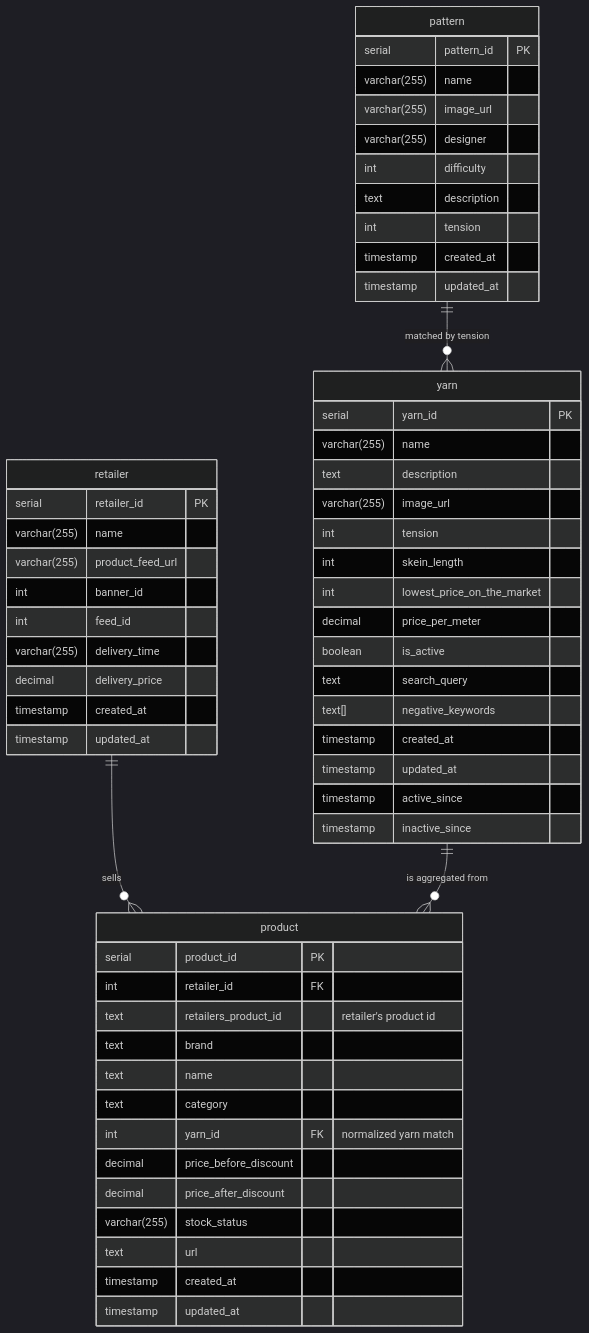
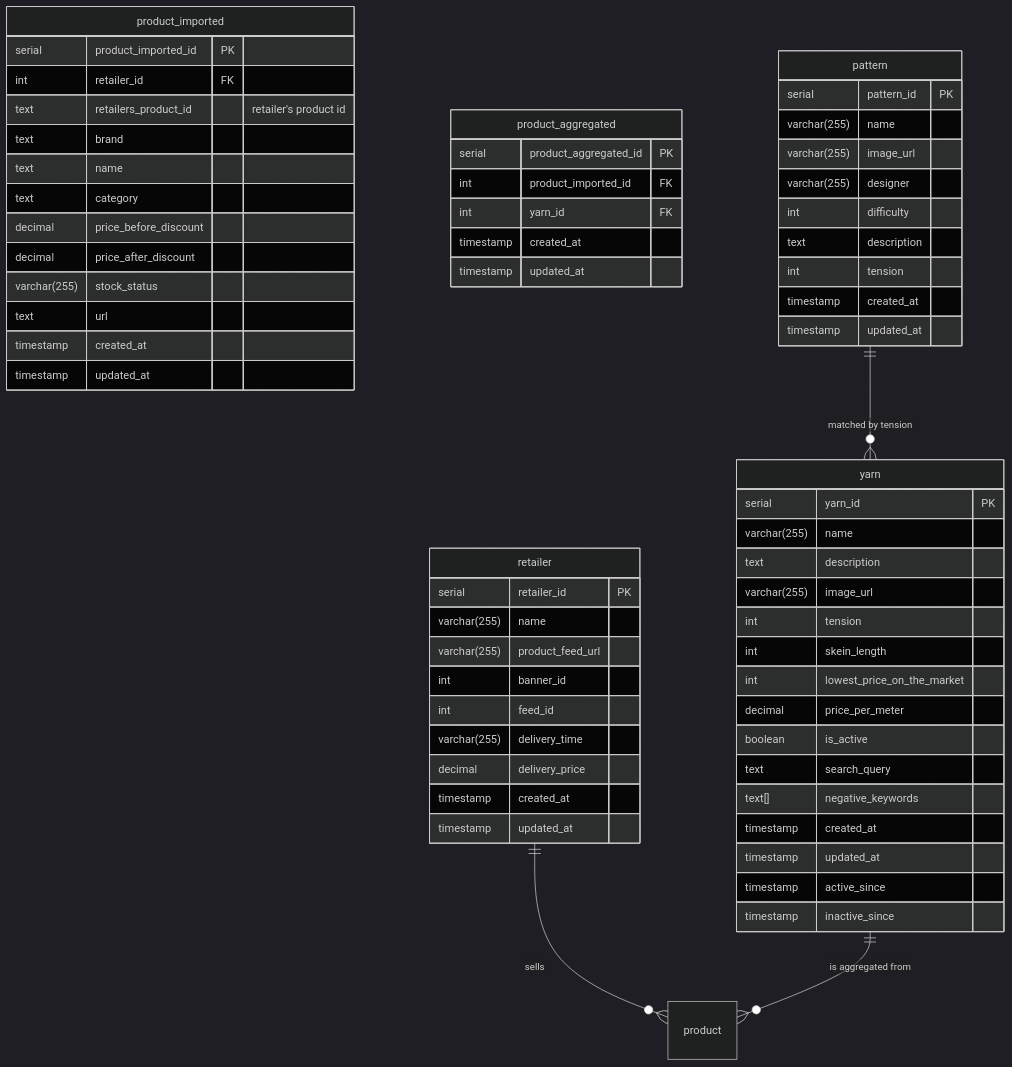
The diagram in backend/diagrams/er-diagram.md (rasmusbulriksen/garnalternativer.dk), drawn with Mermaid (dark theme) before and after one commit. The commit also changed 5 other files, not shown here.

Commit message:
product_imported.name is looked up by yarn.search_query (excluding yarn.negative_keywords)

````diff
--- a/backend/diagrams/er-diagram.md
+++ b/backend/diagrams/er-diagram.md
@@ -3,65 +3,72 @@
 ```mermaid
 erDiagram
     retailer {
         serial retailer_id PK
         varchar(255) name
         varchar(255) product_feed_url
         int banner_id
         int feed_id
         varchar(255) delivery_time
         decimal delivery_price
         timestamp created_at
         timestamp updated_at
     }
 
-    product {
-        serial product_id PK
+    product_imported {
+        serial product_imported_id PK
         int retailer_id FK
         text retailers_product_id "retailer's product id"
         text brand
         text name
         text category
-        int yarn_id FK "normalized yarn match"
         decimal price_before_discount
         decimal price_after_discount
         varchar(255) stock_status
         text url
+        timestamp created_at
+        timestamp updated_at
+    }
+
+    product_aggregated {
+        serial product_aggregated_id PK
+        int product_imported_id FK
+        int yarn_id FK
         timestamp created_at
         timestamp updated_at
     }
 
     yarn {
         serial yarn_id PK
         varchar(255) name
         text description
         varchar(255) image_url
         int tension
         int skein_length
         int lowest_price_on_the_market
         decimal price_per_meter
         boolean is_active
         text search_query
         text[] negative_keywords
         timestamp created_at
         timestamp updated_at
         timestamp active_since
         timestamp inactive_since
     }
 
     pattern {
         serial pattern_id PK
         varchar(255) name
         varchar(255) image_url
         varchar(255) designer
         int difficulty
         text description
         int tension
         timestamp created_at
         timestamp updated_at
     }
 
     retailer ||--o{ product : "sells"
     yarn ||--o{ product : "is aggregated from"
     pattern ||--o{ yarn : "matched by tension"
 
 ```
````
